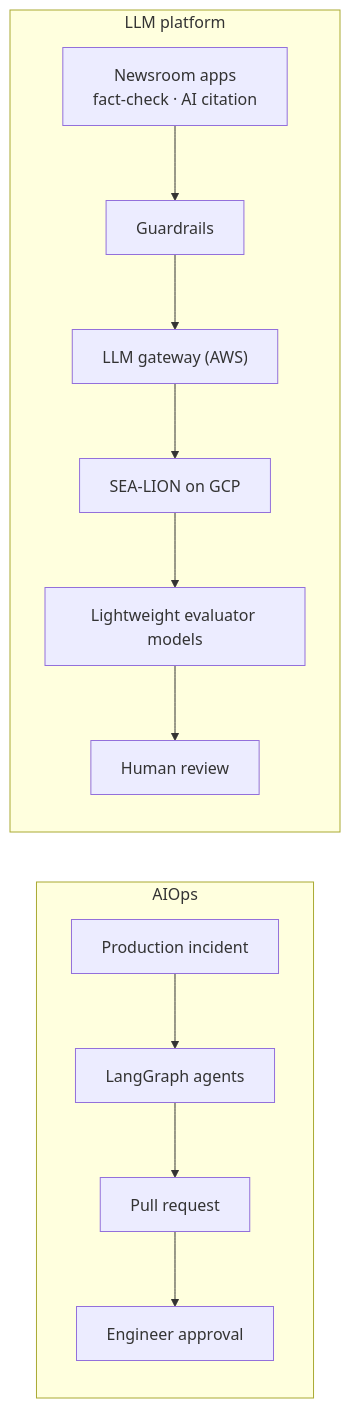
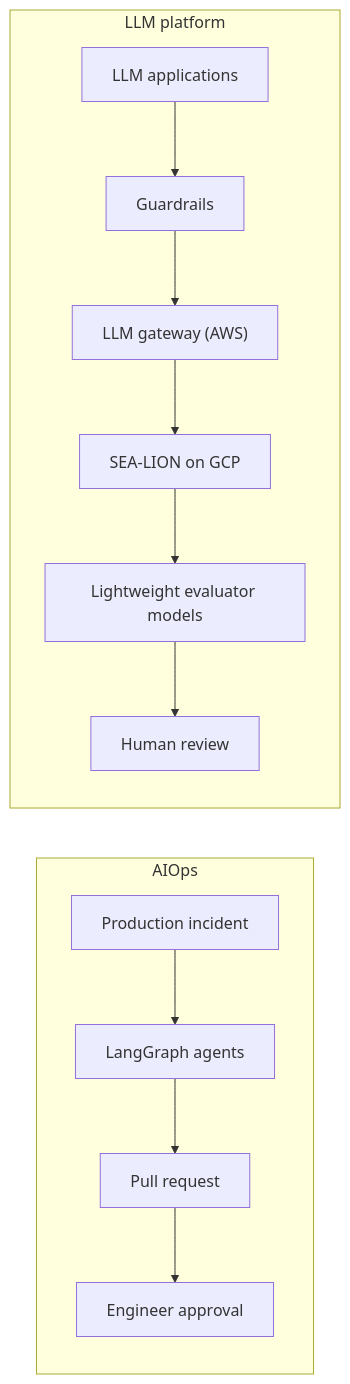
The diagram in README.md (shankarsaransinghrathour/shankarsaransinghrathour), drawn with Mermaid before and after one commit. The commit also changed other lines of this file, not shown here.

````diff
--- a/README.md
+++ b/README.md
@@ -33,16 +38,16 @@
 ```mermaid
 flowchart LR
     subgraph Ops["AIOps"]
         I["Production incident"] --> A["LangGraph agents"]
         A --> PR["Pull request"]
         PR --> H1["Engineer approval"]
     end
 
     subgraph LLM["LLM platform"]
-        APP["Newsroom apps<br/>fact-check · AI citation"] --> G["Guardrails"]
+        APP["LLM applications"] --> G["Guardrails"]
         G --> GW["LLM gateway (AWS)"]
         GW --> SL["SEA-LION on GCP"]
         SL --> E["Lightweight evaluator models"]
         E --> H2["Human review"]
     end
 ```
````
